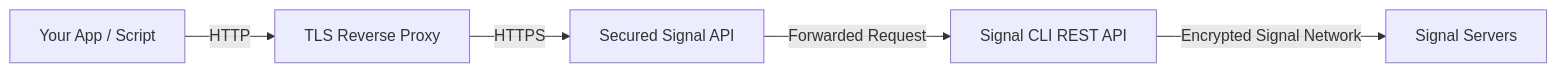
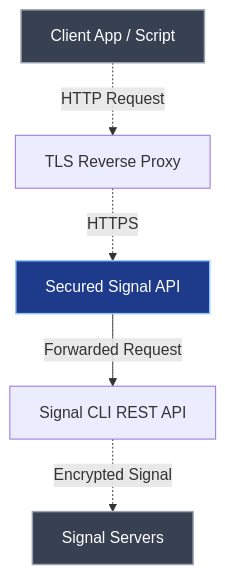
Before and after one commit to CodeShellDev/secured-signal-api: the diagram in docs/about.md, drawn with Mermaid. The commit also changed other lines of this file and 26 other files, not shown here.

````diff
--- a/docs/about.md
+++ b/docs/about.md
@@ -42,7 +36,19 @@
 ```mermaid
-flowchart LR
-  Client[Your App / Script] -->|HTTP| TLSReverseProxy[TLS Reverse Proxy]
-  TLSReverseProxy -->|HTTPS| SecuredProxy[Secured Signal API]
-  SecuredProxy -->|Forwarded Request| SignalAPI[Signal CLI REST API]
-  SignalAPI -->|Encrypted Signal Network| SignalNetwork[Signal Servers]
+flowchart TD
+    A[Client App / Script]
+    B[TLS Reverse Proxy]
+    C[Secured Signal API]
+    D[Signal CLI REST API]
+    E[Signal Servers]
+
+    A -. HTTP Request .-> B
+    B -. HTTPS .-> C
+    C -- Forwarded Request --> D
+    D -. Encrypted Signal .-> E
+
+    classDef gateway fill:#1e3a8a,stroke:#93c5fd,stroke-width:1.5px,color:#ffffff;
+    class C gateway;
+
+    classDef external fill:#374151,stroke:#9ca3af,stroke-width:1.5px,color:#ffffff;
+    class A,E external;
 ```
````
